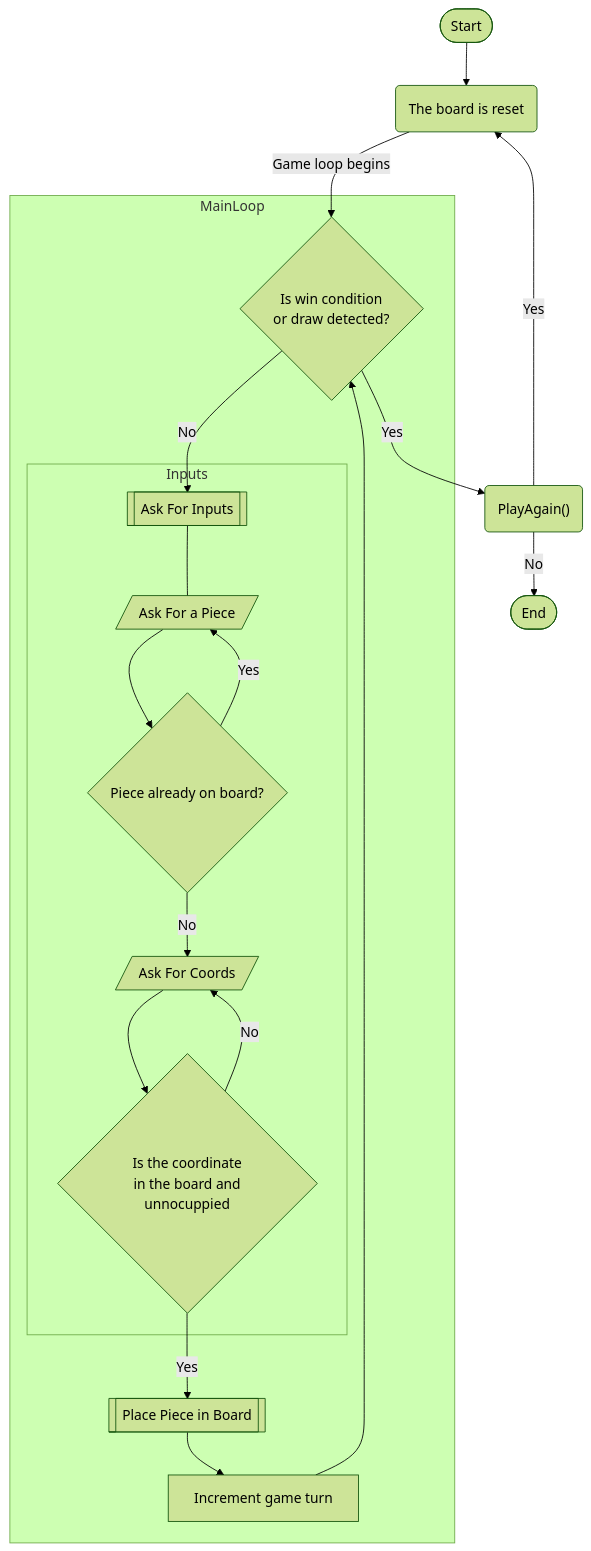
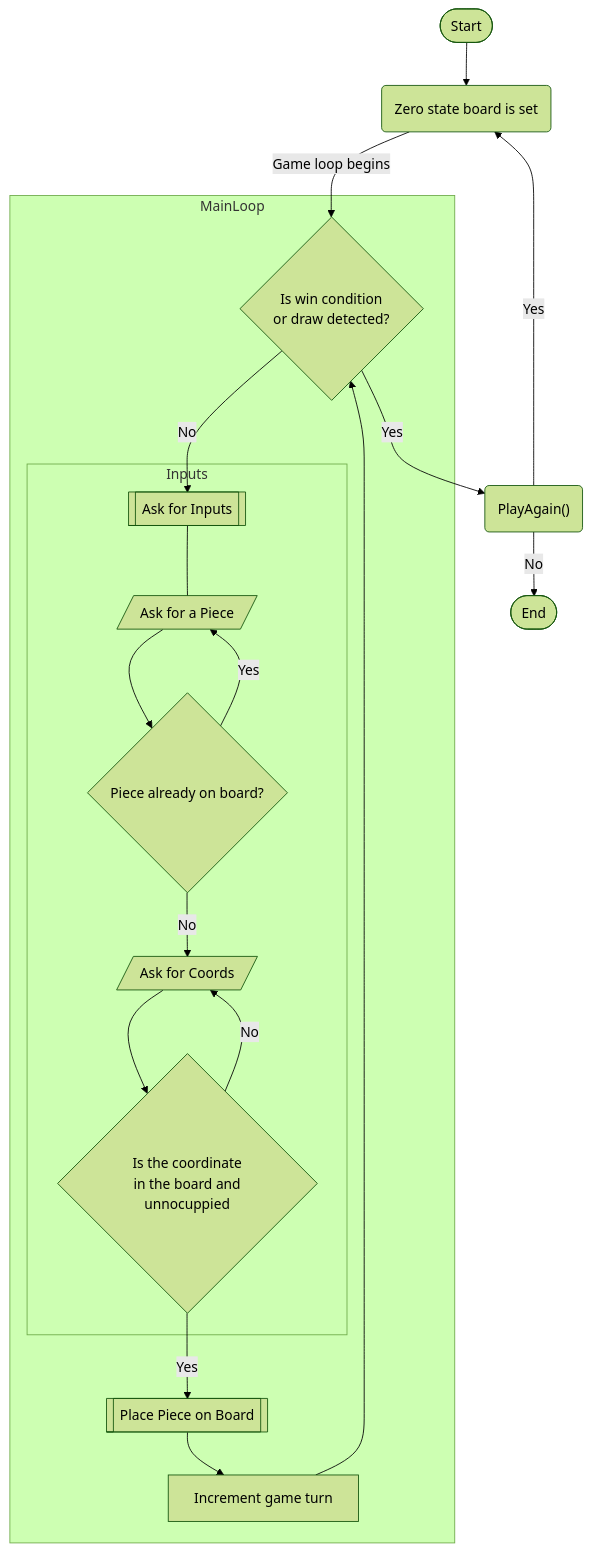
One commit to Juhhxx/GaloDaVelha_LP1 changed the diagram in README.md. Above: the diagram before and after it, drawn with Mermaid (forest theme). The commit also changed other lines of this file, not shown here.

Commit message:
Update TaskLog, update term on fluxogram

````diff
--- a/README.md
+++ b/README.md
@@ -63,21 +67,21 @@
 ```mermaid
 graph TB
-A(["Start"]) --> C("The board is reset")
+A(["Start"]) --> C("Zero state board is set")
     C -- Game loop begins --> D{Is win condition\nor draw detected?}
     subgraph MainLoop
-        D -- No --> F[["Ask For Inputs"]]
+        D -- No --> F[["Ask for Inputs"]]
         subgraph Inputs
-        F --- G[/"Ask For a Piece"/]
+        F --- G[/"Ask for a Piece"/]
         G --> K{"Piece already on board?"} 
-        K -- No --> I[/"Ask For Coords"/]
+        K -- No --> I[/"Ask for Coords"/]
         K --Yes --> G
         I --> Q{Is the coordinate\n in the board and unnocuppied}
         end
-        Q -- Yes --> M[[Place Piece in Board]]
+        Q -- Yes --> M[[Place Piece on Board]]
         Q -- No --> I
         M --> J[Increment game turn] --> D
     end
     D -- Yes --> E("PlayAgain()") 
     E -- Yes --> C
     E -- No --> P([End]) 
 ```
````
